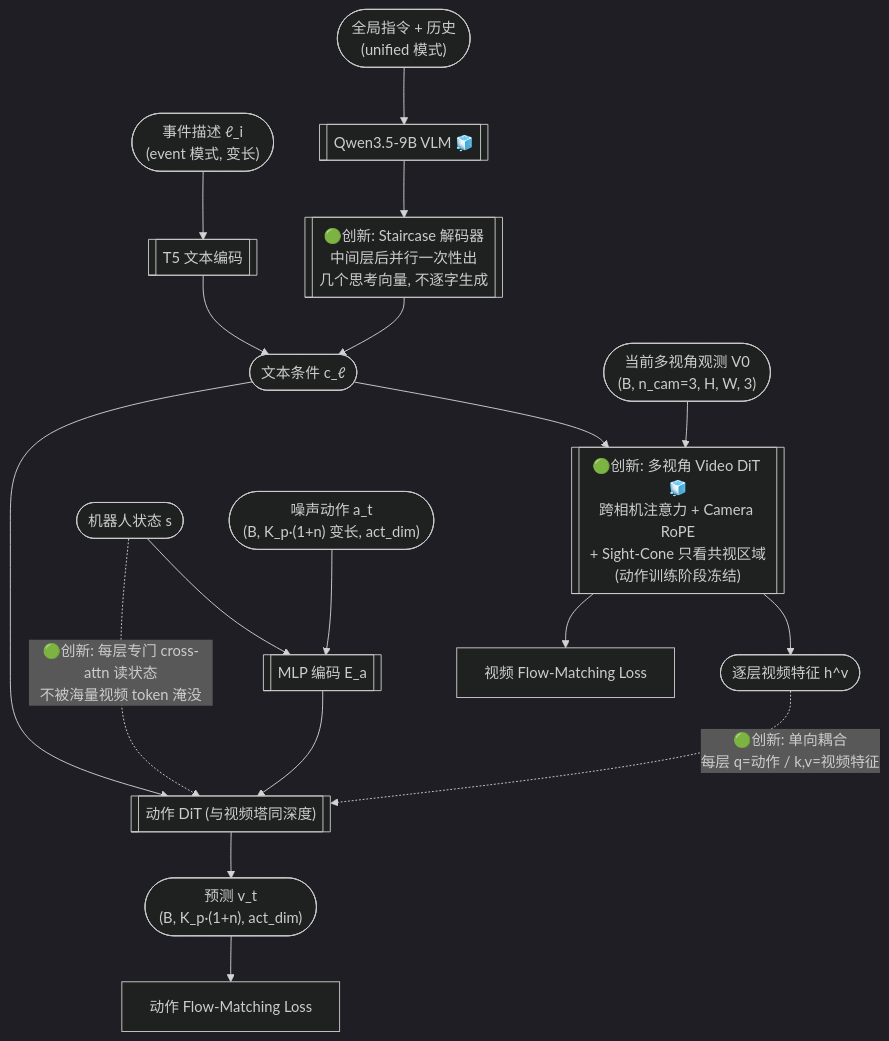
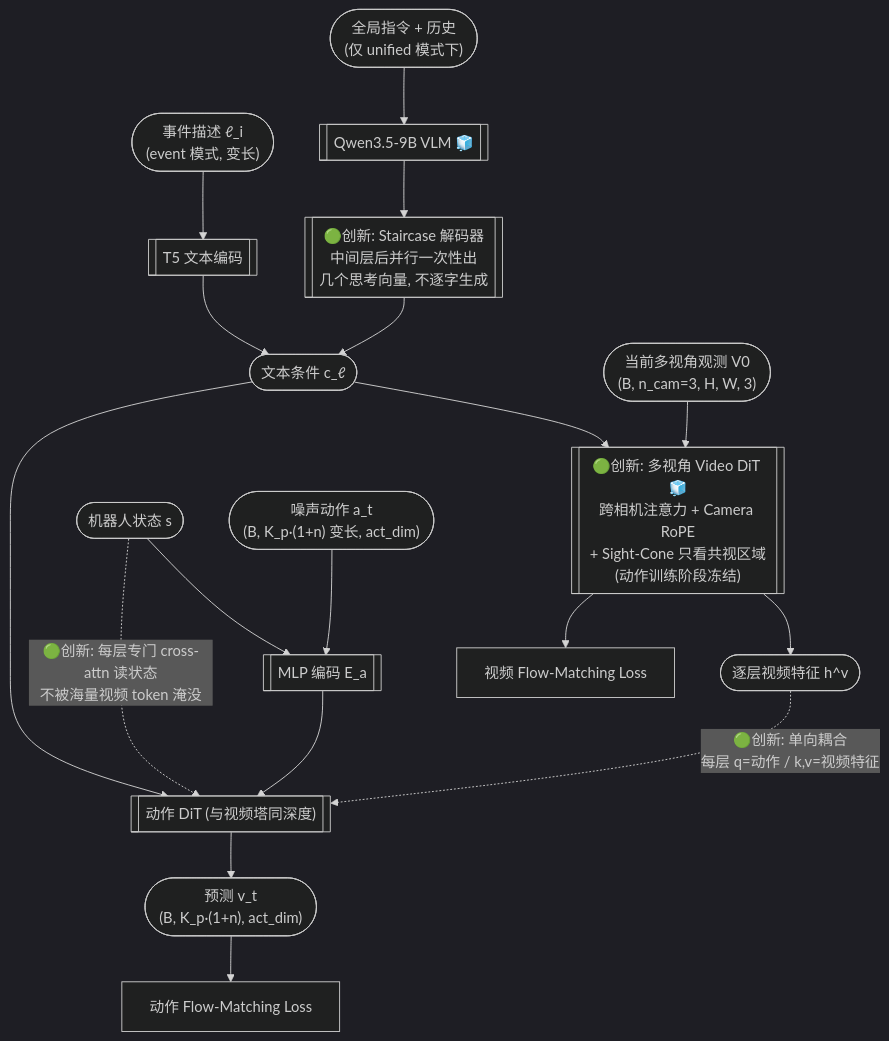
One commit to julyfun/how-to changed the fourth of 4 diagrams in papers/papers-batch-2.md. Above: the diagram before and after it, drawn with Mermaid (dark theme). The commit also changed other lines of this file, not shown here.

````diff
--- a/papers/papers-batch-2.md
+++ b/papers/papers-batch-2.md
@@ -251,27 +251,27 @@
 ```mermaid
 flowchart TD
     cap(["事件描述 ℓ_i<br>(event 模式, 变长)"]) --> t5[["T5 文本编码"]]
-    instr(["全局指令 + 历史<br>(unified 模式)"]) --> qwen[["Qwen3.5-9B VLM 🧊"]]
+    instr(["全局指令 + 历史<br>(仅 unified 模式下)"]) --> qwen[["Qwen3.5-9B VLM 🧊"]]
     qwen --> stair[["🟢创新: Staircase 解码器<br>中间层后并行一次性出<br>几个思考向量, 不逐字生成"]]
     t5 --> cond(["文本条件 c_ℓ"])
     stair --> cond
 
     %% ---------- 视频塔 ----------
     v0(["当前多视角观测 V0<br>(B, n_cam=3, H, W, 3)"]) --> vdit
     cond --> vdit
     vdit[["🟢创新: 多视角 Video DiT 🧊<br>跨相机注意力 + Camera RoPE<br>+ Sight-Cone 只看共视区域<br>(动作训练阶段冻结)"]]
     vdit --> vfeat(["逐层视频特征 h^v"])
     vdit --> vloss["视频 Flow-Matching Loss"]
 
     %% ---------- 动作塔 ----------
     state(["机器人状态 s"]) --> ea
     nact(["噪声动作 a_t<br>(B, K_p·(1+n) 变长, act_dim)"]) --> ea[["MLP 编码 E_a"]]
     ea --> adit[["动作 DiT (与视频塔同深度)"]]
     cond --> adit
 
     vfeat -. "🟢创新: 单向耦合<br>每层 q=动作 / k,v=视频特征" .-> adit
     state -. "🟢创新: 每层专门 cross-attn 读状态<br>不被海量视频 token 淹没" .-> adit
 
     adit --> vt(["预测 v_t<br>(B, K_p·(1+n), act_dim)"])
     vt --> aloss["动作 Flow-Matching Loss"]
 ```
````
